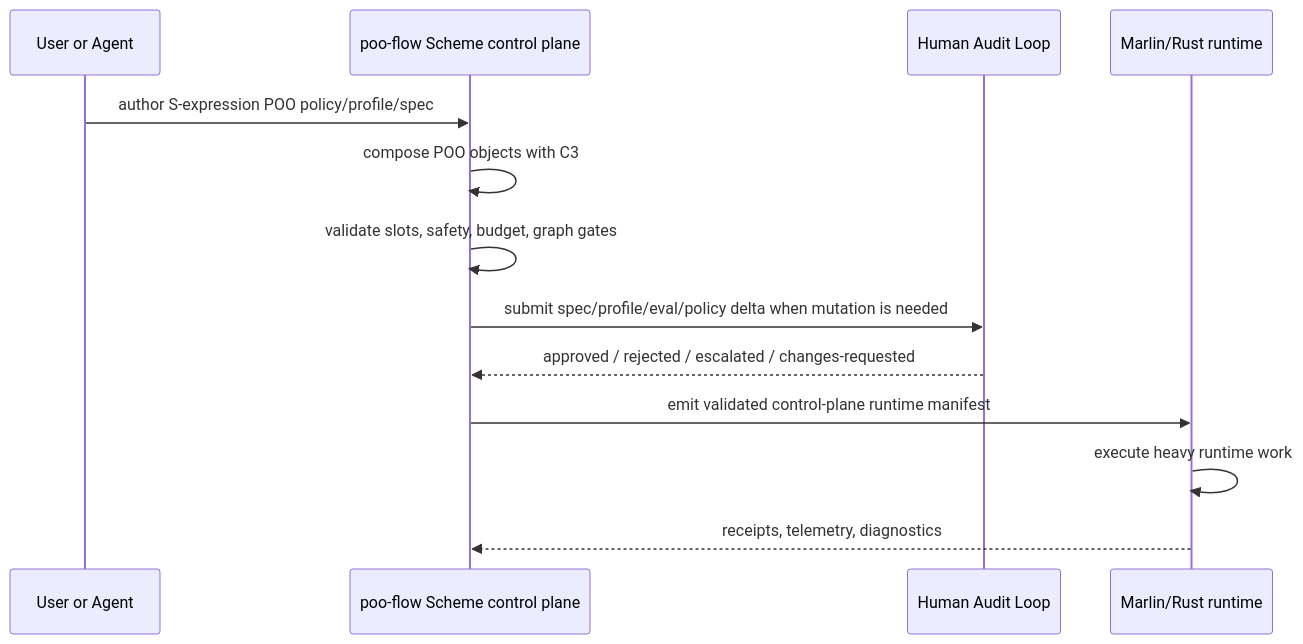
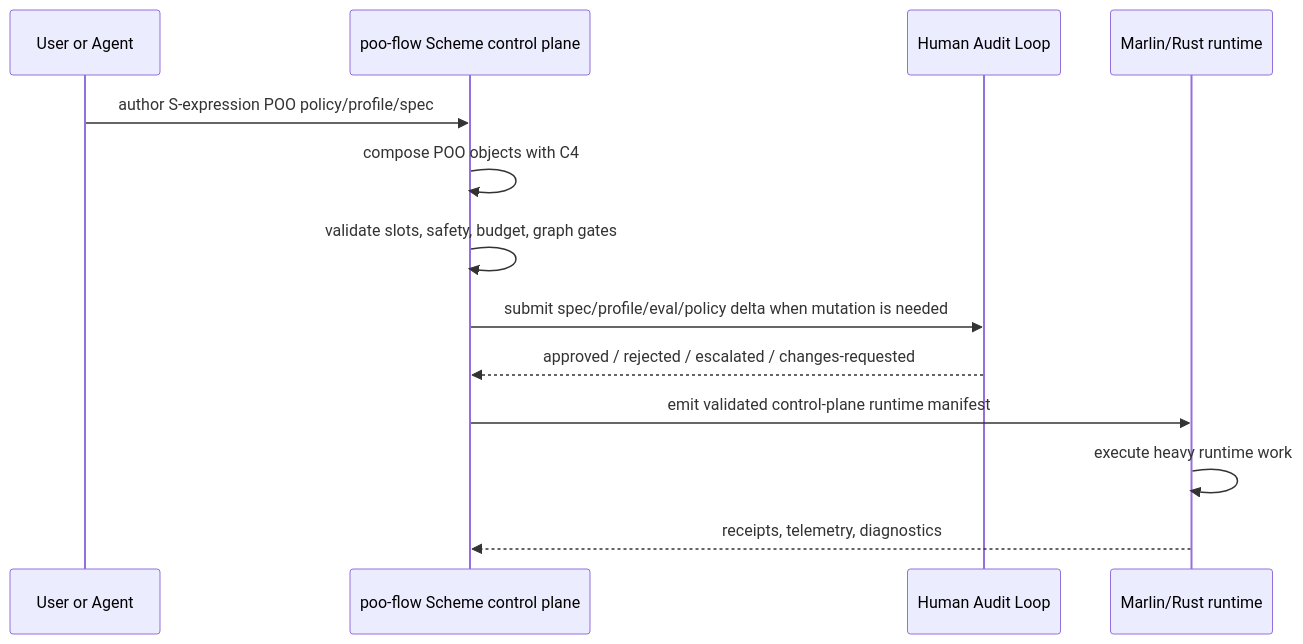
One commit to tao3k/poo-flow changed the second of 3 diagrams in docs/10-19-design/10.06-poo-module-system/52-three-loop-human-audit-runtime-plan.org. Above: the diagram before and after it, drawn with Mermaid. The commit also changed other lines of this file and 514 other files, not shown here.

```diff
--- a/docs/10-19-design/10.06-poo-module-system/52-three-loop-human-audit-runtime-plan.org
+++ b/docs/10-19-design/10.06-poo-module-system/52-three-loop-human-audit-runtime-plan.org
@@ -107,16 +107,16 @@
 #+begin_src mermaid
 sequenceDiagram
   participant User as User or Agent
   participant Scheme as poo-flow Scheme control plane
   participant Audit as Human Audit Loop
   participant Marlin as Marlin/Rust runtime
 
   User->>Scheme: author S-expression POO policy/profile/spec
-  Scheme->>Scheme: compose POO objects with C3
+  Scheme->>Scheme: compose POO objects with C4
   Scheme->>Scheme: validate slots, safety, budget, graph gates
   Scheme->>Audit: submit spec/profile/eval/policy delta when mutation is needed
   Audit-->>Scheme: approved / rejected / escalated / changes-requested
   Scheme->>Marlin: emit validated control-plane runtime manifest
   Marlin->>Marlin: execute heavy runtime work
   Marlin-->>Scheme: receipts, telemetry, diagnostics
 #+end_src
```
